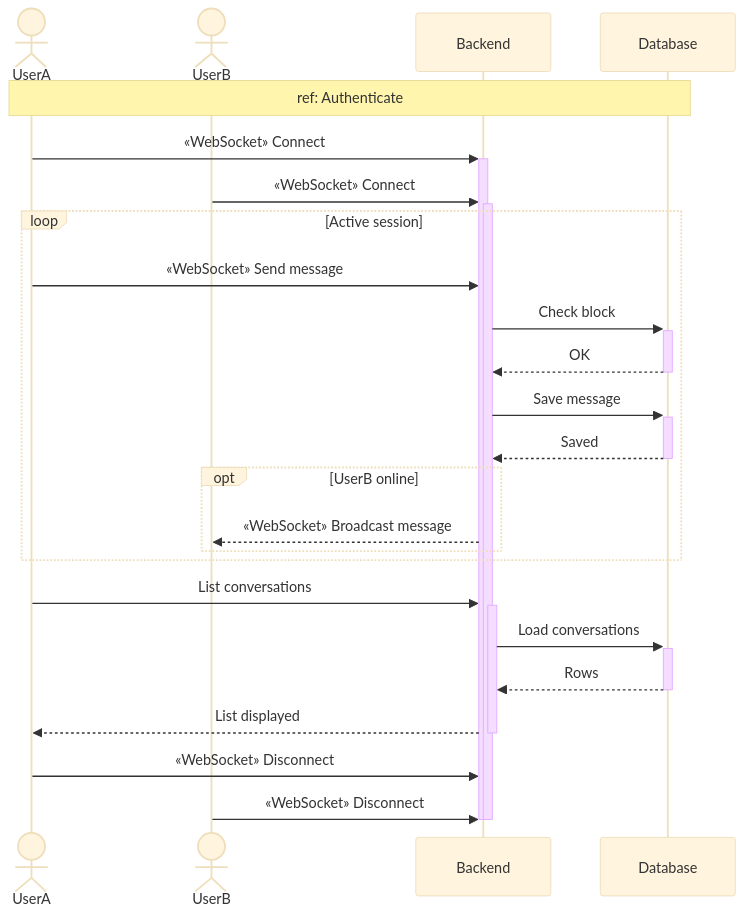
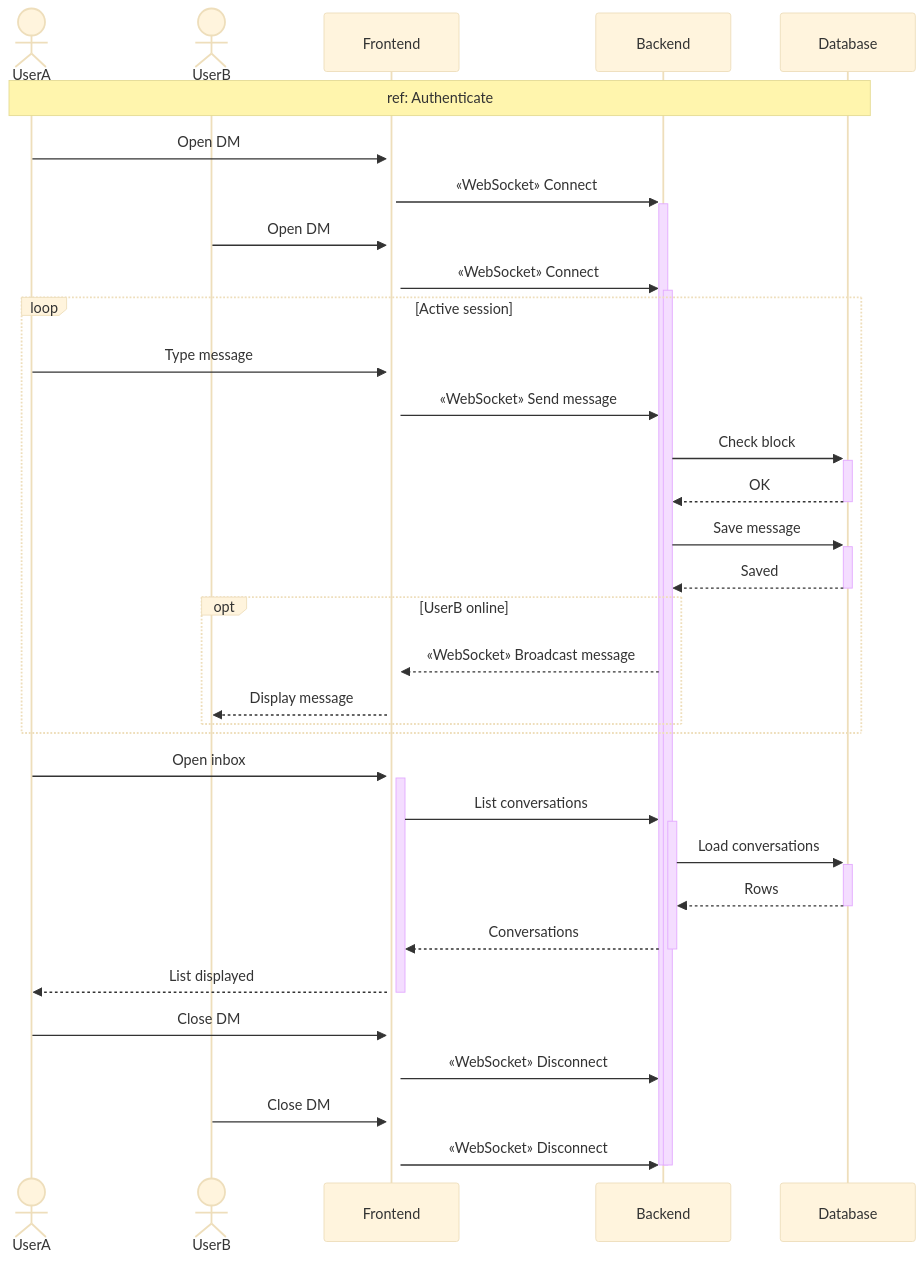
One commit to MohamedChebbi123/teamnest changed diagram 15 of 16 in docs/SEQUENCE_DIAGRAMS.md. Above: the diagram before and after it, drawn with Mermaid (base theme). The commit also changed other lines of this file, not shown here.

````diff
--- a/docs/SEQUENCE_DIAGRAMS.md
+++ b/docs/SEQUENCE_DIAGRAMS.md
@@ -508,33 +565,42 @@
 ```mermaid
 sequenceDiagram
     actor UserA
     actor UserB
+    participant FE as Frontend
     participant API as Backend
     participant DB as Database
 
     Note over UserA,DB: ref: Authenticate
 
-    UserA->>+API: «WebSocket» Connect
-    UserB->>+API: «WebSocket» Connect
+    UserA->>+FE: Open DM
+    FE->>+API: «WebSocket» Connect
+    UserB->>+FE: Open DM
+    FE->>+API: «WebSocket» Connect
 
     loop Active session
-        UserA->>API: «WebSocket» Send message
+        UserA->>FE: Type message
+        FE->>API: «WebSocket» Send message
         API->>+DB: Check block
         DB-->>-API: OK
         API->>+DB: Save message
         DB-->>-API: Saved
         opt UserB online
-            API-->>UserB: «WebSocket» Broadcast message
+            API-->>FE: «WebSocket» Broadcast message
+            FE-->>UserB: Display message
         end
     end
 
-    UserA->>+API: List conversations
+    UserA->>+FE: Open inbox
+    FE->>+API: List conversations
     API->>+DB: Load conversations
     DB-->>-API: Rows
-    API-->>-UserA: List displayed
+    API-->>-FE: Conversations
+    FE-->>-UserA: List displayed
 
-    UserA->>API: «WebSocket» Disconnect
-    UserB->>API: «WebSocket» Disconnect
+    UserA->>FE: Close DM
+    FE->>API: «WebSocket» Disconnect
+    UserB->>FE: Close DM
+    FE->>API: «WebSocket» Disconnect
     deactivate API
     deactivate API
 ```
````
